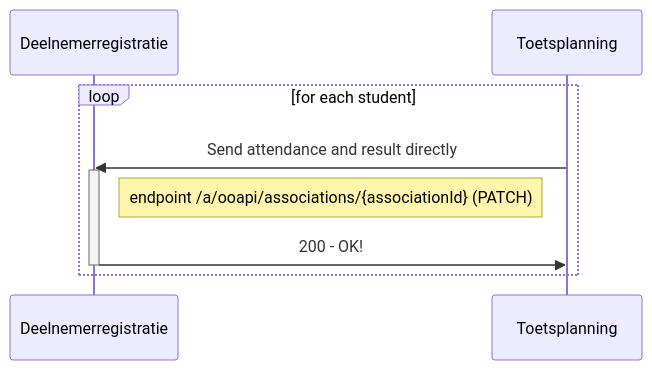
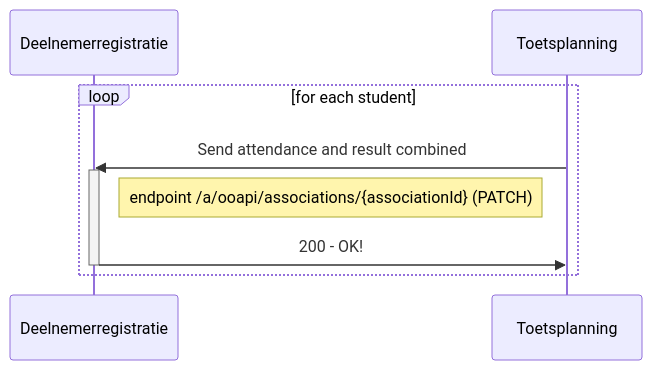
The first of 2 diagrams in doc/flow5.md (NetwerkExamineringDigitalisering/NED-OOAPI), drawn with Mermaid before and after one commit. The commit also changed other lines of this file, not shown here.

Commit message:
Flow 5 modifications based on OKE meeting 30-05

````diff
--- a/doc/flow5.md
+++ b/doc/flow5.md
@@ -9,12 +10,12 @@
 ```mermaid
 sequenceDiagram
     participant Deelnemerregistratie
     participant Toetsplanning
     loop for each student
-      Toetsplanning->>Deelnemerregistratie: Send attendance and result directly
+      Toetsplanning->>Deelnemerregistratie: Send attendance and result combined
       activate Deelnemerregistratie
       Note right of Deelnemerregistratie: endpoint /a/ooapi/associations/{associationId} (PATCH)
       Deelnemerregistratie->>Toetsplanning: 200 - OK!
       deactivate Deelnemerregistratie
     end
 ```
````
